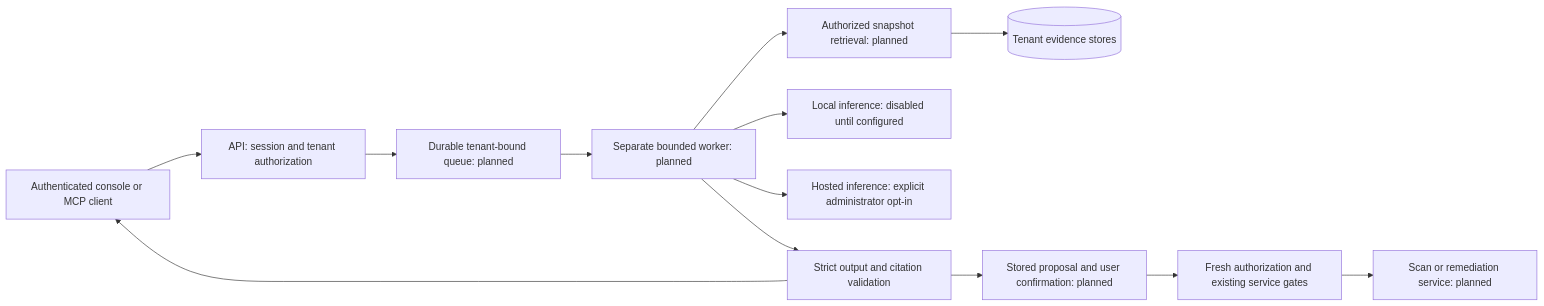
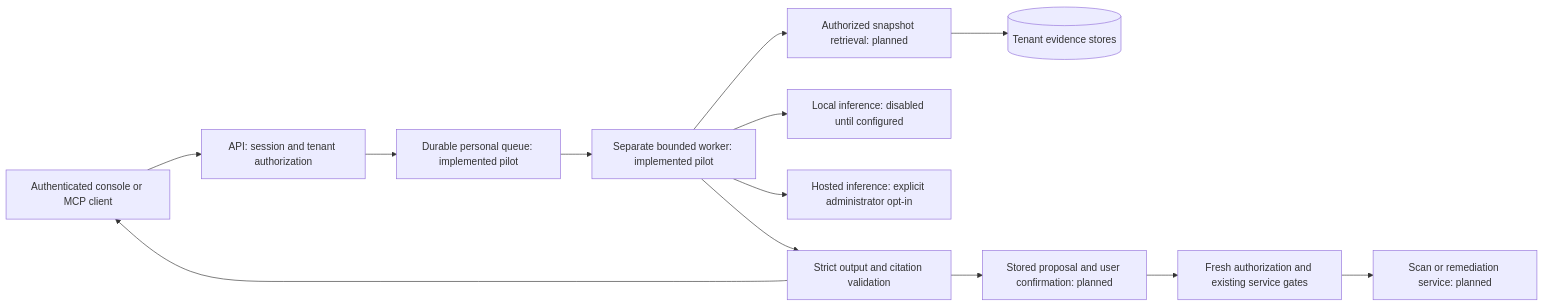
The diagram in docs/local-operator.md (onixus/Shapoclyack), drawn with Mermaid before and after one commit. The commit also changed other lines of this file and 26 other files, not shown here.

First line of the commit message:
feat(operator): persist personal tasks and run a fenced summary worker

````diff
--- a/docs/local-operator.md
+++ b/docs/local-operator.md
@@ -37,15 +39,15 @@
 ```mermaid
 flowchart LR
     U[Authenticated console or MCP client] --> A[API: session and tenant authorization]
-    A --> Q[Durable tenant-bound queue: planned]
-    Q --> W[Separate bounded worker: planned]
+    A --> Q[Durable personal queue: implemented pilot]
+    Q --> W[Separate bounded worker: implemented pilot]
     W --> R[Authorized snapshot retrieval: planned]
     R --> D[(Tenant evidence stores)]
     W --> L[Local inference: disabled until configured]
     W --> H[Hosted inference: explicit administrator opt-in]
     W --> V[Strict output and citation validation]
     V --> P[Stored proposal and user confirmation: planned]
     P --> G[Fresh authorization and existing service gates]
     G --> S[Scan or remediation service: planned]
     V --> U
 ```
````
